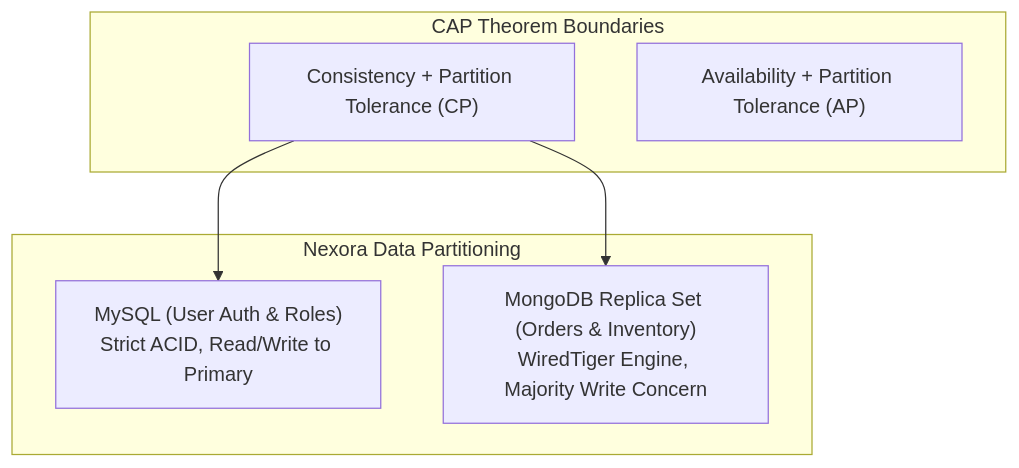
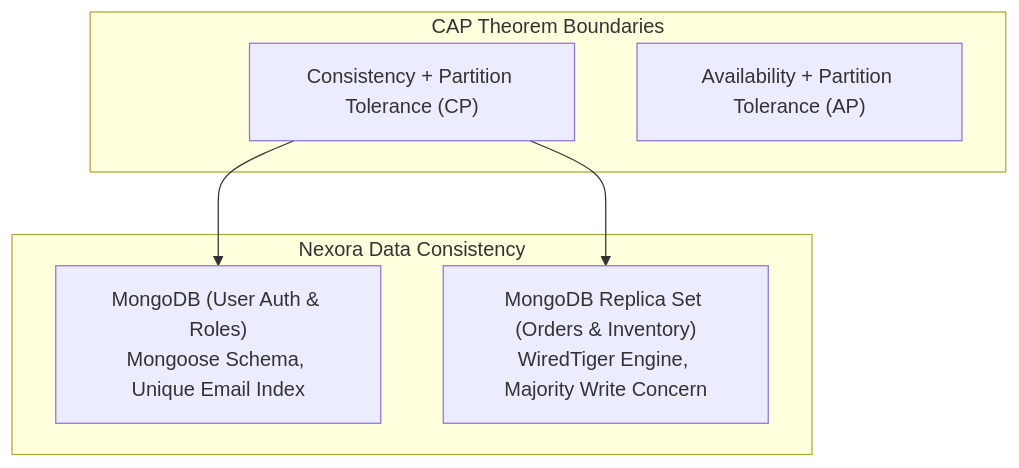
The fourth of 6 diagrams in SYSTEM_DESIGN.md (Akash0086/E_Commerce), drawn with Mermaid before and after one commit. The commit also changed other lines of this file and 2 other files, not shown here.

Commit message:
Update the Architecture,System design and API_reference files

````diff
--- a/SYSTEM_DESIGN.md
+++ b/SYSTEM_DESIGN.md
@@ -236,15 +236,15 @@
 ```mermaid
 graph TD
     subgraph CAP ["CAP Theorem Boundaries"]
         CP["Consistency + Partition Tolerance (CP)"]
         AP["Availability + Partition Tolerance (AP)"]
     end
 
-    subgraph NexoraData ["Nexora Data Partitioning"]
-        MySQLStore["MySQL (User Auth & Roles)<br/>Strict ACID, Read/Write to Primary"]
+    subgraph NexoraData ["Nexora Data Consistency"]
+        MongoUsers["MongoDB (User Auth & Roles)<br/>Mongoose Schema, Unique Email Index"]
         MongoOrders["MongoDB Replica Set (Orders & Inventory)<br/>WiredTiger Engine, Majority Write Concern"]
     end
 
-    CP --> MySQLStore
+    CP --> MongoUsers
     CP --> MongoOrders
 ```
````
